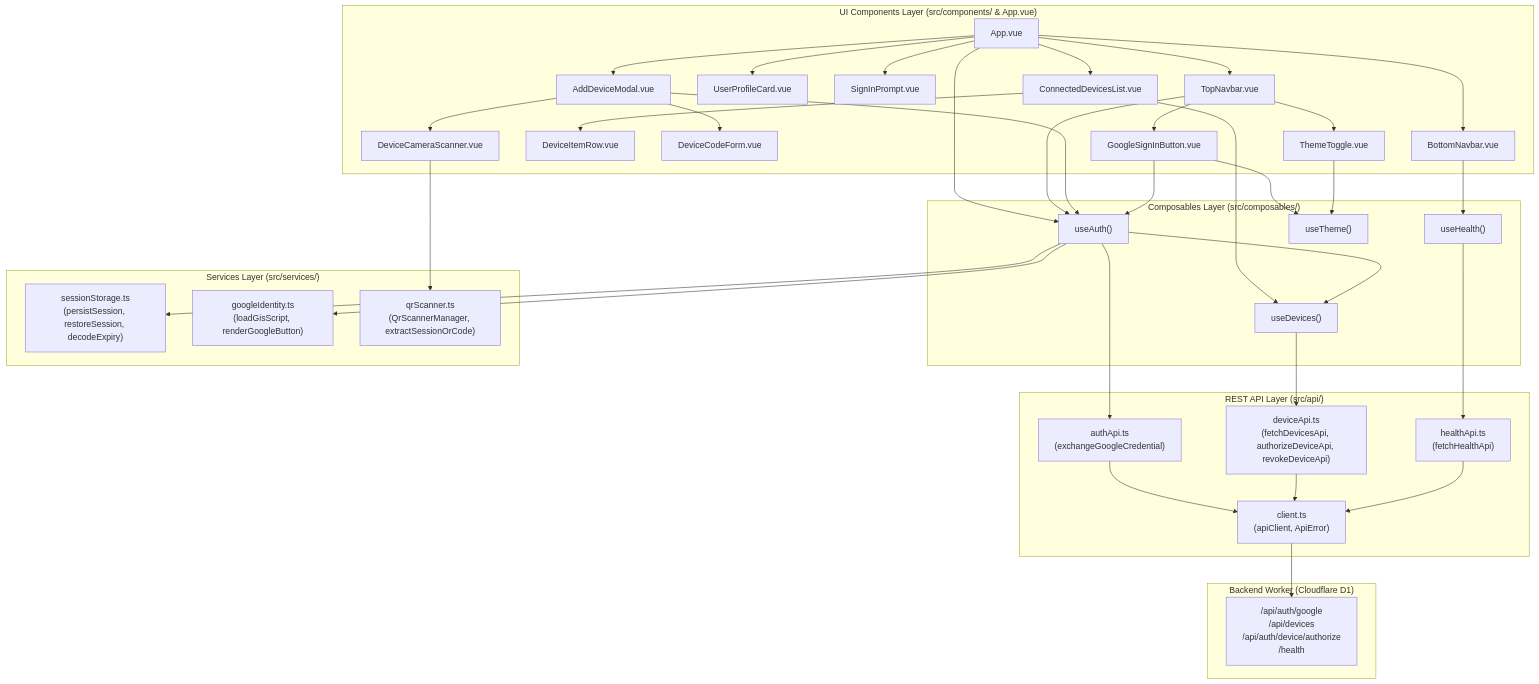
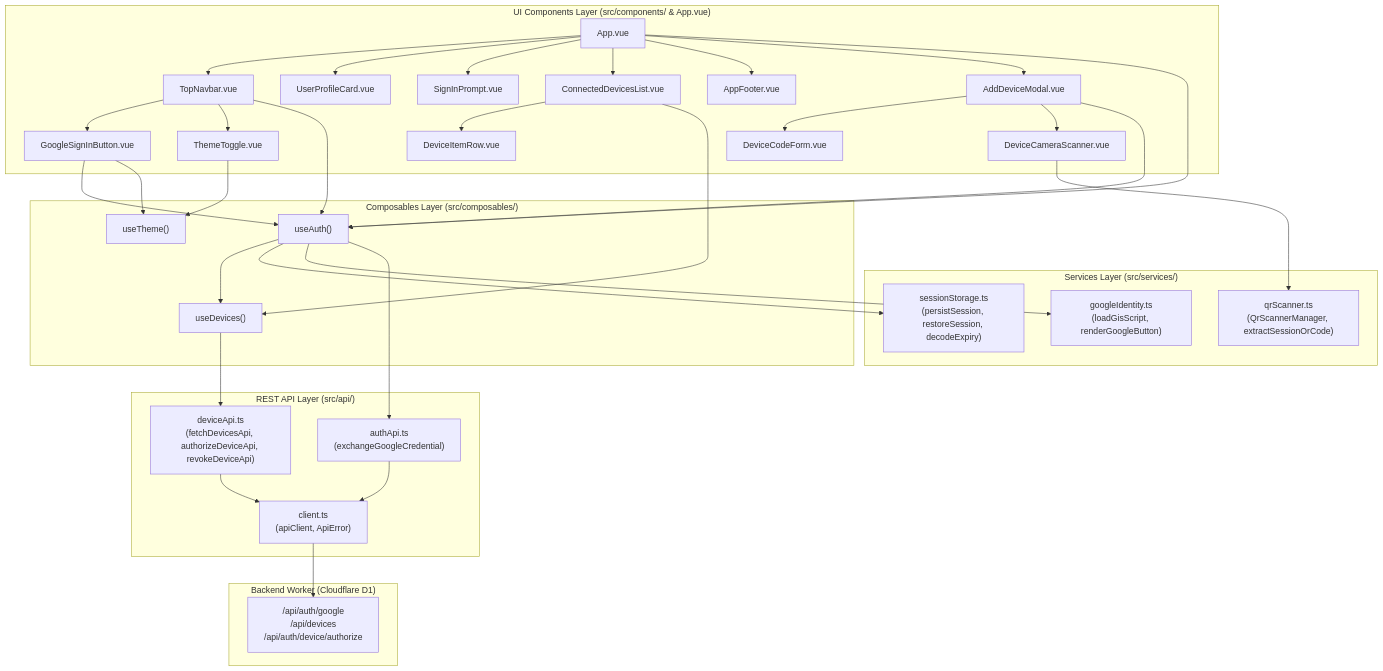
One commit to solvePao/dashboard changed the diagram in frontend/architecture.md. Above: the diagram before and after it, drawn with Mermaid. The commit also changed other lines of this file and 84 other files, not shown here.

````diff
--- a/frontend/architecture.md
+++ b/frontend/architecture.md
@@ -82,78 +79,73 @@
 ```mermaid
 flowchart TD
     subgraph UIComponents["UI Components Layer (src/components/ & App.vue)"]
         App["App.vue"]
         TopNav["TopNavbar.vue"]
-        BottomNav["BottomNavbar.vue"]
+        AppFoot["AppFooter.vue"]
         UserCard["UserProfileCard.vue"]
         SignInBox["SignInPrompt.vue"]
         DevList["ConnectedDevicesList.vue"]
         DevRow["DeviceItemRow.vue"]
         DevModal["AddDeviceModal.vue"]
         CodeForm["DeviceCodeForm.vue"]
         CamScan["DeviceCameraScanner.vue"]
         GButton["GoogleSignInButton.vue"]
         TToggle["ThemeToggle.vue"]
     end
 
     App --> TopNav
     App --> UserCard
     App --> SignInBox
     App --> DevList
-    App --> BottomNav
+    App --> AppFoot
     App --> DevModal
 
     DevList --> DevRow
     DevModal --> CodeForm
     DevModal --> CamScan
     TopNav --> GButton
     TopNav --> TToggle
 
     subgraph ComposablesLayer["Composables Layer (src/composables/)"]
         useAuth["useAuth()"]
         useDevices["useDevices()"]
-        useHealth["useHealth()"]
         useTheme["useTheme()"]
     end
 
     App --> useAuth
     TopNav --> useAuth
     DevList --> useDevices
     DevModal --> useAuth
     GButton --> useAuth
     GButton --> useTheme
-    BottomNav --> useHealth
     TToggle --> useTheme
 
     useAuth --> useDevices
 
     subgraph ServicesLayer["Services Layer (src/services/)"]
         SessionStorage["sessionStorage.ts\n(persistSession, restoreSession, decodeExpiry)"]
         GoogleIdentity["googleIdentity.ts\n(loadGisScript, renderGoogleButton)"]
         QRScanner["qrScanner.ts\n(QrScannerManager, extractSessionOrCode)"]
     end
 
     subgraph APILayer["REST API Layer (src/api/)"]
         AuthAPI["authApi.ts\n(exchangeGoogleCredential)"]
         DeviceAPI["deviceApi.ts\n(fetchDevicesApi, authorizeDeviceApi, revokeDeviceApi)"]
-        HealthAPI["healthApi.ts\n(fetchHealthApi)"]
         Client["client.ts\n(apiClient, ApiError)"]
     end
 
     useAuth --> SessionStorage
     useAuth --> GoogleIdentity
     useAuth --> AuthAPI
     useDevices --> DeviceAPI
-    useHealth --> HealthAPI
     CamScan --> QRScanner
 
     AuthAPI --> Client
     DeviceAPI --> Client
-    HealthAPI --> Client
 
     subgraph Backend["Backend Worker (Cloudflare D1)"]
-        Worker["/api/auth/google\n/api/devices\n/api/auth/device/authorize\n/health"]
+        Worker["/api/auth/google\n/api/devices\n/api/auth/device/authorize"]
     end
 
     Client --> Worker
 ```
````
